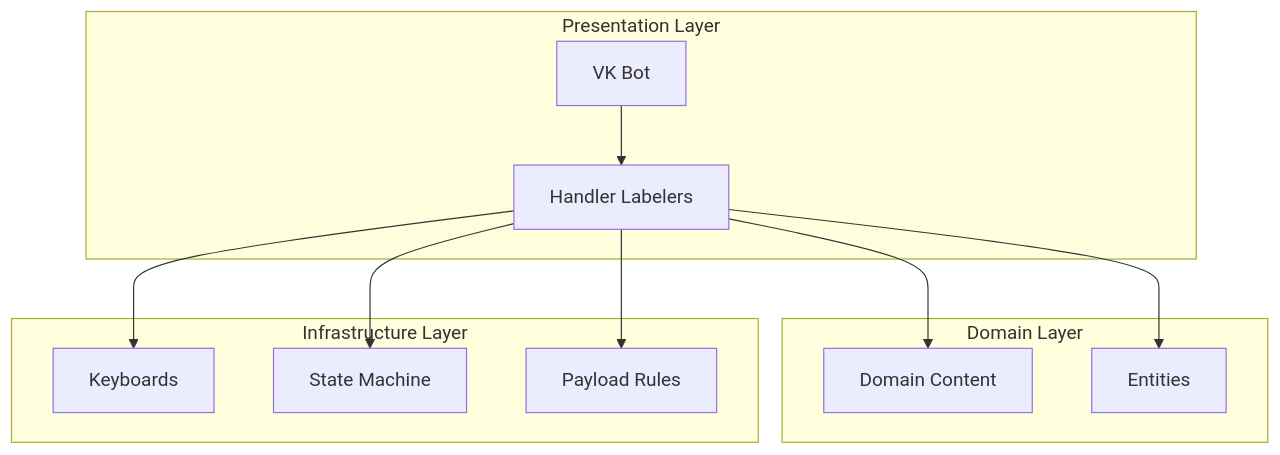
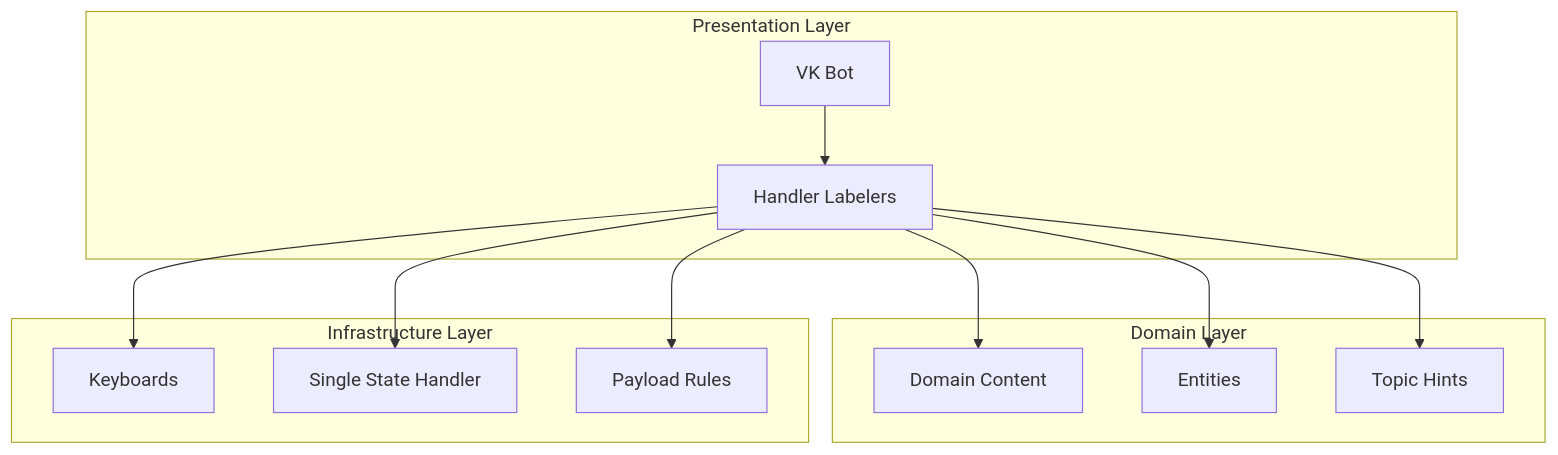
Before and after one commit to ognelis/cafetera_hr_bot: the second of 12 diagrams in .qoder/repowiki/en/content/VK Integration/Domain Content Management.md, drawn with Mermaid. The commit also changed other lines of this file and 16 other files, not shown here.

````diff
--- a/.qoder/repowiki/en/content/VK Integration/Domain Content Management.md
+++ b/.qoder/repowiki/en/content/VK Integration/Domain Content Management.md
@@ -141,22 +163,24 @@
 ```mermaid
 graph TB
 subgraph "Presentation Layer"
 BOT["VK Bot"]
 LBLS["Handler Labelers"]
 end
 subgraph "Domain Layer"
 DCNT["Domain Content"]
 DENT["Entities"]
+DTH["Topic Hints"]
 end
 subgraph "Infrastructure Layer"
 KBD["Keyboards"]
-STS["State Machine"]
+STS["Single State Handler"]
 RUL["Payload Rules"]
 end
 BOT --> LBLS
 LBLS --> DCNT
 LBLS --> DENT
+LBLS --> DTH
 LBLS --> KBD
 LBLS --> STS
 LBLS --> RUL
 ```
````
